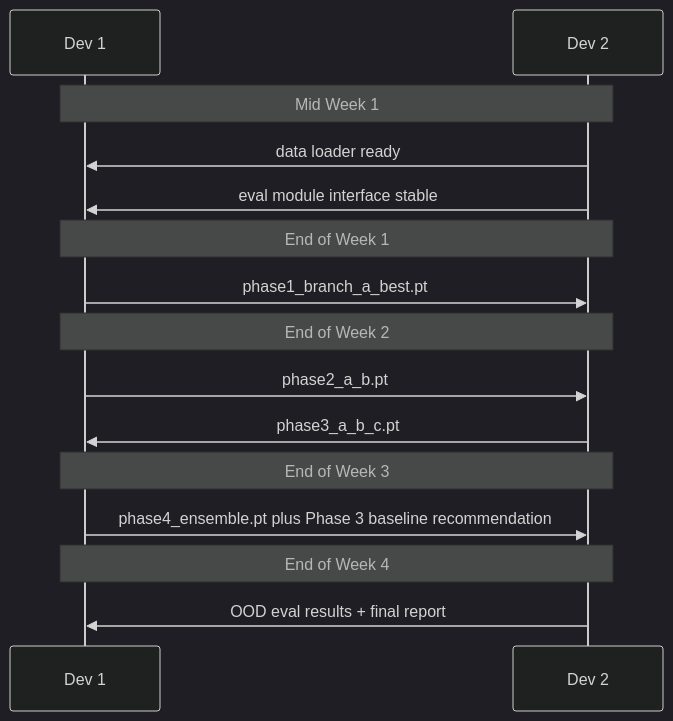
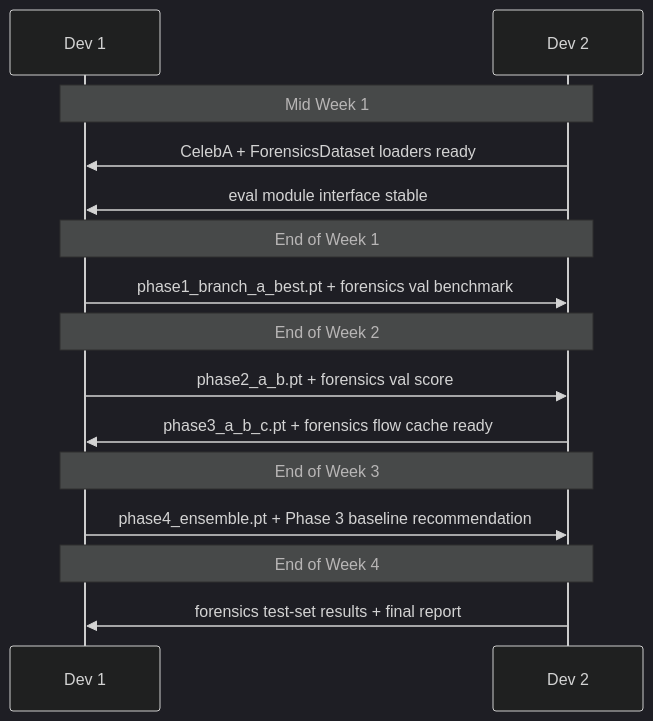
The fourth of 4 diagrams in docs/master-plan.md (thebkht/deepfake_detector), drawn with Mermaid (dark theme) before and after one commit. The commit also changed other lines of this file, not shown here.

First line of the commit message:
Update master plan documentation with dataset details and Branch A evaluation caveats

````diff
--- a/docs/master-plan.md
+++ b/docs/master-plan.md
@@ -295,17 +299,17 @@
 ```mermaid
 sequenceDiagram
   participant D1 as Dev 1
   participant D2 as Dev 2
   Note over D1,D2: Mid Week 1
-  D2->>D1: data loader ready
+  D2->>D1: CelebA + ForensicsDataset loaders ready
   D2->>D1: eval module interface stable
   Note over D1,D2: End of Week 1
-  D1->>D2: phase1_branch_a_best.pt
+  D1->>D2: phase1_branch_a_best.pt + forensics val benchmark
   Note over D1,D2: End of Week 2
-  D1->>D2: phase2_a_b.pt
-  D2->>D1: phase3_a_b_c.pt
+  D1->>D2: phase2_a_b.pt + forensics val score
+  D2->>D1: phase3_a_b_c.pt + forensics flow cache ready
   Note over D1,D2: End of Week 3
-  D1->>D2: phase4_ensemble.pt plus Phase 3 baseline recommendation
+  D1->>D2: phase4_ensemble.pt + Phase 3 baseline recommendation
   Note over D1,D2: End of Week 4
-  D2->>D1: OOD eval results + final report
+  D2->>D1: forensics test-set results + final report
 ```
````
